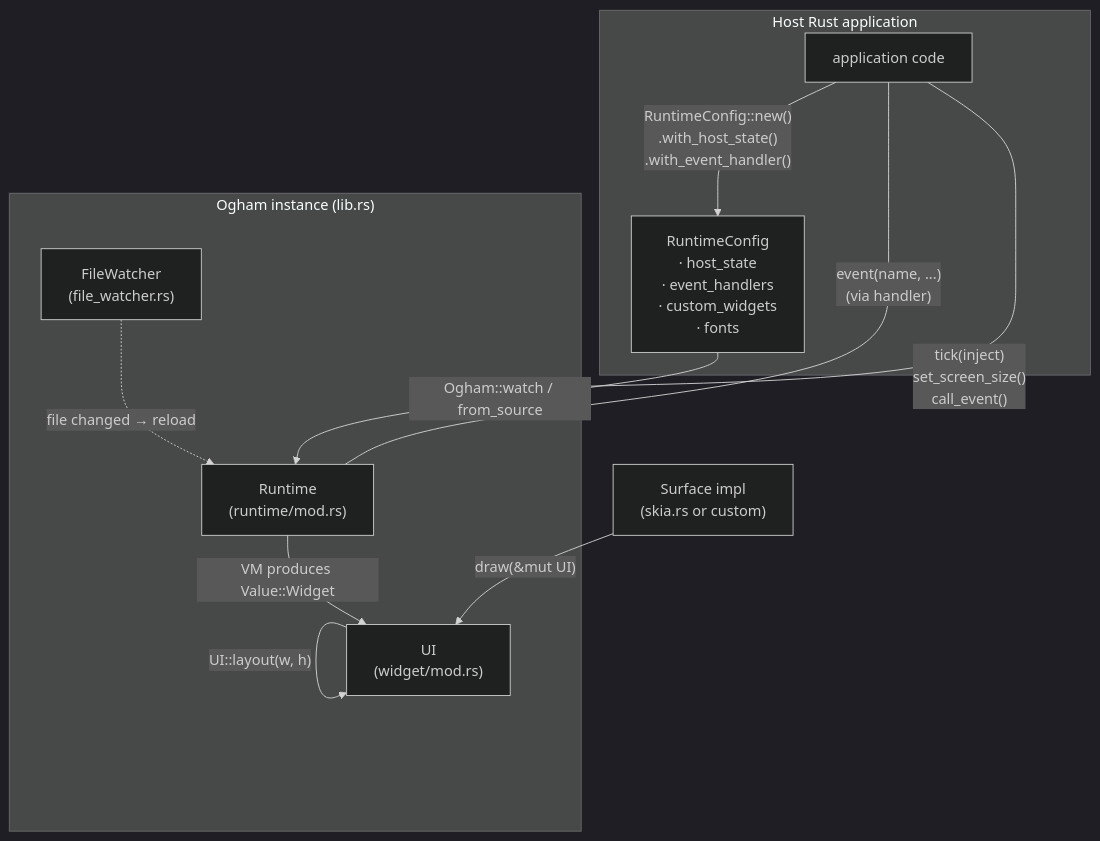
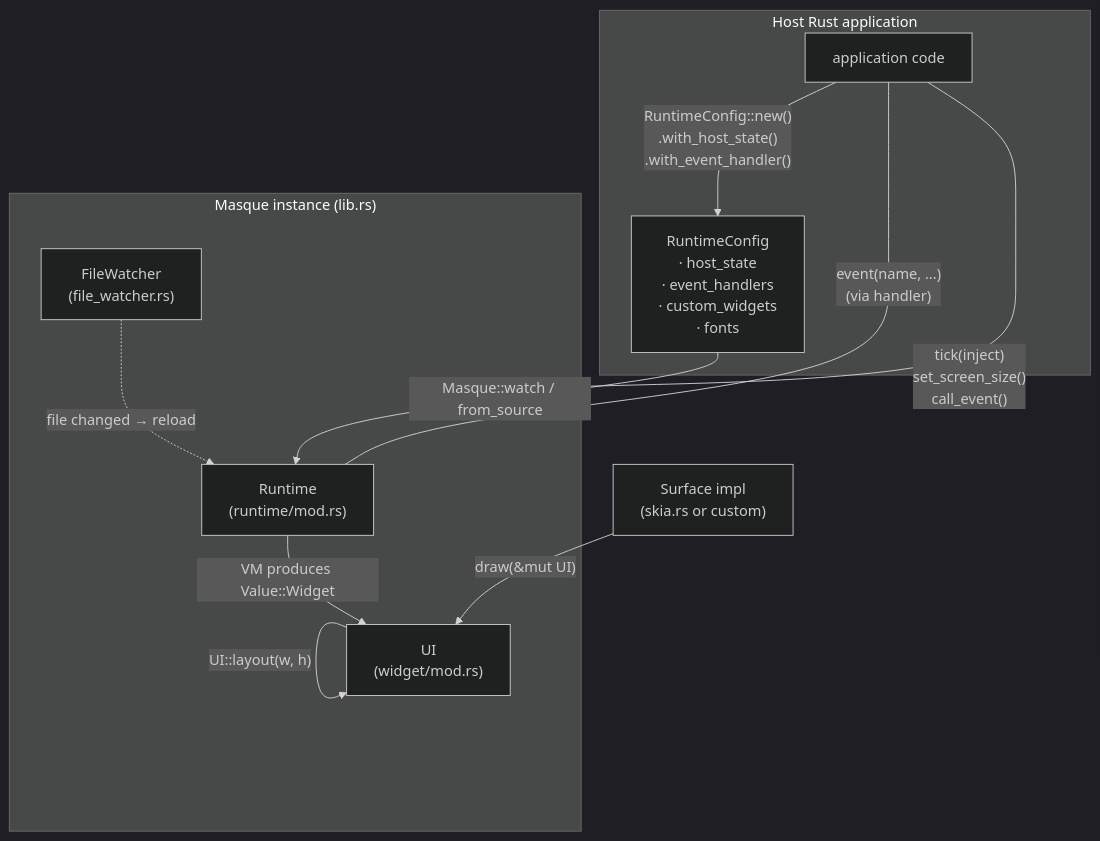
The second of 5 diagrams in docs/internal/ARCHITECTURE.md (fian-team/masque), drawn with Mermaid (dark theme) before and after one commit. The commit also changed other lines of this file and 160 other files, not shown here.

Commit message:
Ogham is Masque: the crate, its derives, binaries (masque-lsp, masque-vocab), the web stage, the VSCode extension and every document's .ogh extension (now .masque) take the new name, structure is Carte wherever the docs name it, and APPLICATION.md §8.4 records the naming as resolved

````diff
--- a/docs/internal/ARCHITECTURE.md
+++ b/docs/internal/ARCHITECTURE.md
@@ -41,24 +41,24 @@
 ```mermaid
 flowchart TB
     subgraph host["Host Rust application"]
         rust["application code"]
         cfg["RuntimeConfig<br/>· host_state<br/>· event_handlers<br/>· custom_widgets<br/>· fonts"]
     end
 
-    subgraph ogham["Ogham instance (lib.rs)"]
+    subgraph masque["Masque instance (lib.rs)"]
         rt["Runtime<br/>(runtime/mod.rs)"]
         uitree["UI<br/>(widget/mod.rs)"]
         fw["FileWatcher<br/>(file_watcher.rs)"]
     end
 
     surface["Surface impl<br/>(skia.rs or custom)"]
 
     rust -- "RuntimeConfig::new()<br/>.with_host_state()<br/>.with_event_handler()" --> cfg
-    cfg -- "Ogham::watch / from_source" --> rt
+    cfg -- "Masque::watch / from_source" --> rt
     rt -- "VM produces Value::Widget" --> uitree
     fw -. "file changed → reload" .-> rt
-    rust -- "tick(inject)<br/>set_screen_size()<br/>call_event()" --> ogham
+    rust -- "tick(inject)<br/>set_screen_size()<br/>call_event()" --> masque
     rust -- "event(name, ...)<br/>(via handler)" --- rt
     uitree -- "UI::layout(w, h)" --> uitree
     surface -- "draw(&mut UI)" --> uitree
 ```
````
